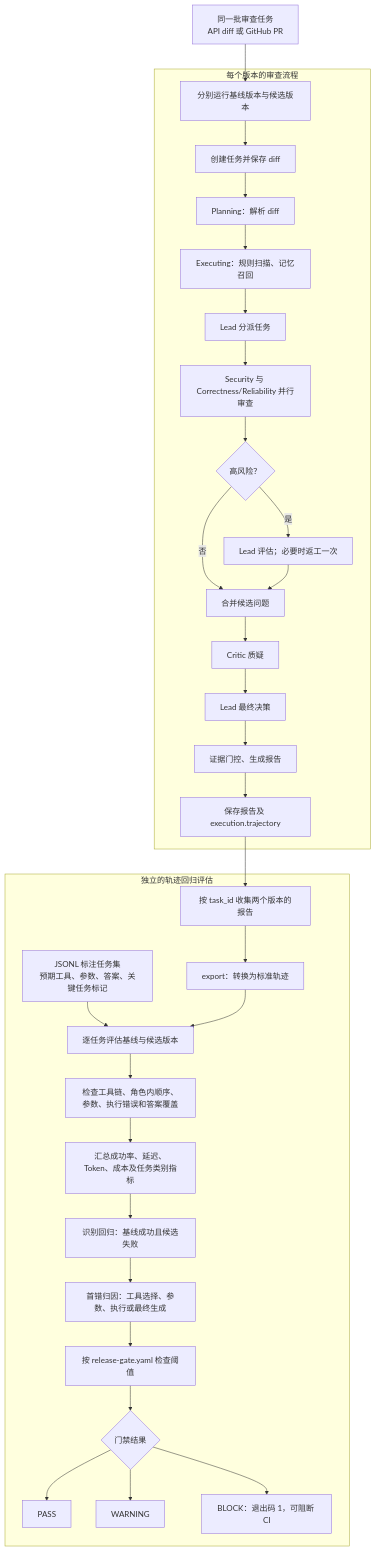
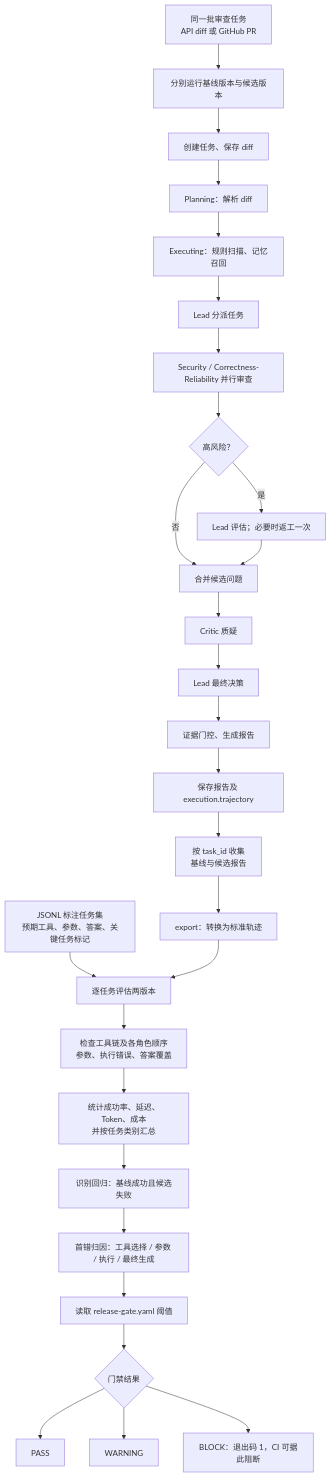
One commit to Ricardu255/TrajectEvo changed the diagram in MODEL_RUNTIME_FLOW.md. Above: the diagram before and after it, drawn with Mermaid. The commit also changed 1 other file, not shown here.

Commit message:
Simplify runtime flow diagrams to a flat layout per review feedback

````diff
--- a/MODEL_RUNTIME_FLOW.md
+++ b/MODEL_RUNTIME_FLOW.md
@@ -7,36 +7,33 @@
 ```mermaid
 flowchart TD
     A["同一批审查任务<br/>API diff 或 GitHub PR"] --> B["分别运行基线版本与候选版本"]
 
-    subgraph REVIEW["每个版本的审查流程"]
-        B --> C["创建任务并保存 diff"]
-        C --> D["Planning：解析 diff"]
-        D --> E["Executing：规则扫描、记忆召回"]
-        E --> F["Lead 分派任务"]
-        F --> G["Security 与 Correctness/Reliability 并行审查"]
-        G --> H{"高风险？"}
-        H -- 是 --> I["Lead 评估；必要时返工一次"]
-        H -- 否 --> J["合并候选问题"]
-        I --> J
-        J --> K["Critic 质疑"]
-        K --> L["Lead 最终决策"]
-        L --> M["证据门控、生成报告"]
-        M --> N["保存报告及 execution.trajectory"]
-    end
+    B --> C["创建任务、保存 diff"]
+    C --> D["Planning：解析 diff"]
+    D --> E["Executing：规则扫描、记忆召回"]
+    E --> F["Lead 分派任务"]
+    F --> G["Security / Correctness-Reliability 并行审查"]
+    G --> H{"高风险？"}
+    H -- 是 --> I["Lead 评估；必要时返工一次"]
+    H -- 否 --> J["合并候选问题"]
+    I --> J
+    J --> K["Critic 质疑"]
+    K --> L["Lead 最终决策"]
+    L --> M["证据门控、生成报告"]
+    M --> N["保存报告及 execution.trajectory"]
 
-    subgraph REGRESSION["独立的轨迹回归评估"]
-        N --> O["按 task_id 收集两个版本的报告"]
-        O --> P["export：转换为标准轨迹"]
-        Q["JSONL 标注任务集<br/>预期工具、参数、答案、关键任务标记"] --> R
-        P --> R["逐任务评估基线与候选版本"]
-        R --> S["检查工具链、角色内顺序、参数、执行错误和答案覆盖"]
-        S --> T["汇总成功率、延迟、Token、成本及任务类别指标"]
-        T --> U["识别回归：基线成功且候选失败"]
-        U --> V["首错归因：工具选择、参数、执行或最终生成"]
-        V --> W["按 release-gate.yaml 检查阈值"]
-        W --> X{"门禁结果"}
-        X --> Y["PASS"]
-        X --> Z["WARNING"]
-        X --> AA["BLOCK：退出码 1，可阻断 CI"]
-    end
+    N --> O["按 task_id 收集<br/>基线与候选报告"]
+    O --> P["export：转换为标准轨迹"]
+    Q["JSONL 标注任务集<br/>预期工具、参数、答案、关键任务标记"] --> R
+    P --> R["逐任务评估两版本"]
+
+    R --> S["检查工具链及各角色顺序<br/>参数、执行错误、答案覆盖"]
+    S --> T["统计成功率、延迟、Token、成本<br/>并按任务类别汇总"]
+    T --> U["识别回归：基线成功且候选失败"]
+    U --> V["首错归因：工具选择 / 参数 / 执行 / 最终生成"]
+    V --> W["读取 release-gate.yaml 阈值"]
+    W --> X{"门禁结果"}
+    X --> Y["PASS"]
+    X --> Z["WARNING"]
+    X --> AA["BLOCK：退出码 1，CI 可据此阻断"]
 ```
````
